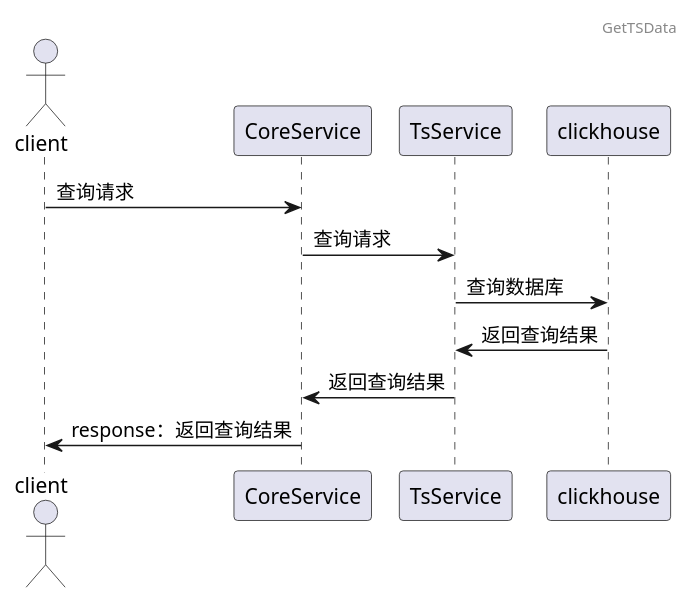
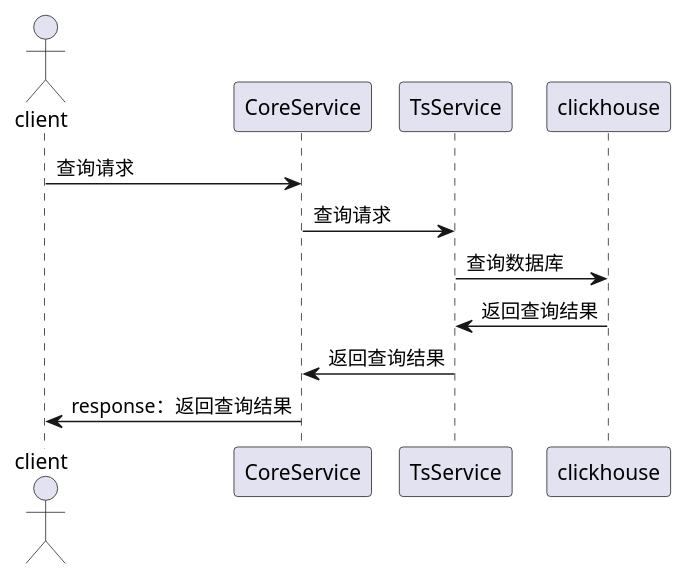
Before and after one commit to tkeel-io/docs: the second of 2 diagrams in docs/api/appendix/plantuml/data_query.md, drawn with PlantUML. The commit also changed other lines of this file and 2 other files, not shown here.

Commit message:
fix: fix data use

````diff
--- a/docs/api/appendix/plantuml/data_query.md
+++ b/docs/api/appendix/plantuml/data_query.md
@@ -21,18 +18,15 @@
-```puml
+```plantuml
 @startuml
-
-header GetTSData
-
 actor client
 participant CoreService
 participant TsService
 participant  clickhouse
 
 client->CoreService: 查询请求
 CoreService->TsService: 查询请求
 TsService->clickhouse: 查询数据库
 clickhouse->TsService: 返回查询结果
 CoreService<-TsService: 返回查询结果
 CoreService->client:response：返回查询结果
 @enduml
 ```
````
